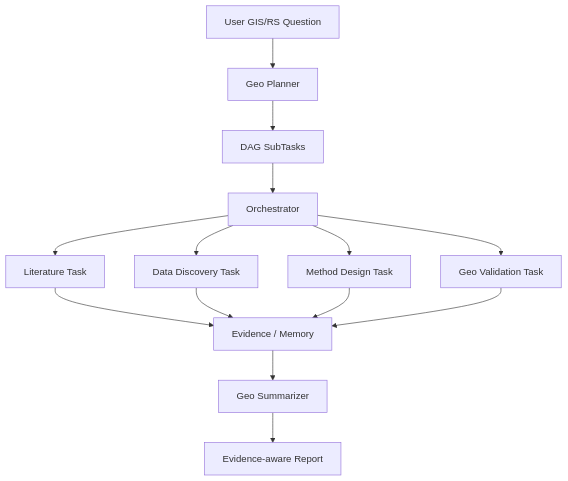
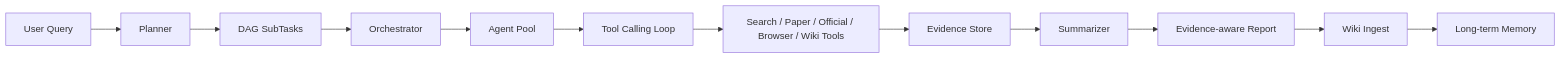
Before and after one commit to zxc3334/deepresearch: the first of 3 diagrams in README.md, drawn with Mermaid. The commit also changed other lines of this file and 31 other files, not shown here.

````diff
--- a/README.md
+++ b/README.md
@@ -60,16 +17,14 @@
 ```mermaid
-flowchart TD
-    A["User GIS/RS Question"] --> B["Geo Planner"]
-    B --> C["DAG SubTasks"]
-    C --> D["Orchestrator"]
-    D --> E["Literature Task"]
-    D --> F["Data Discovery Task"]
-    D --> G["Method Design Task"]
-    D --> H["Geo Validation Task"]
-    E --> I["Evidence / Memory"]
-    F --> I
-    G --> I
-    H --> I
-    I --> J["Geo Summarizer"]
-    J --> K["Evidence-aware Report"]
+flowchart LR
+    Q["User Query"] --> P["Planner"]
+    P --> D["DAG SubTasks"]
+    D --> O["Orchestrator"]
+    O --> A["Agent Pool"]
+    A --> L["Tool Calling Loop"]
+    L --> T["Search / Paper / Official / Browser / Wiki Tools"]
+    T --> E["Evidence Store"]
+    E --> S["Summarizer"]
+    S --> R["Evidence-aware Report"]
+    R --> W["Wiki Ingest"]
+    W --> M["Long-term Memory"]
 ```
````
